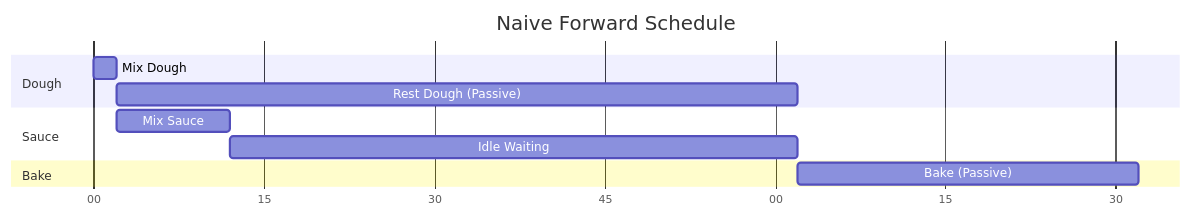
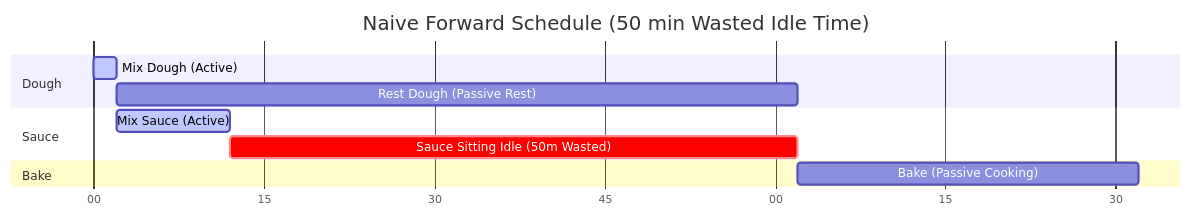
The first of 3 diagrams in packages/docs/src/explanation/alap-scheduling.md (gram-lang/gram), drawn with Mermaid before and after one commit. The commit also changed other lines of this file and 8 other files, not shown here.

Commit message:
docs: update and add mermaid diagrams across documentation

````diff
--- a/packages/docs/src/explanation/alap-scheduling.md
+++ b/packages/docs/src/explanation/alap-scheduling.md
@@ -19,17 +19,17 @@
 ```mermaid
 gantt
-    title Naive Forward Schedule
+    title Naive Forward Schedule (50 min Wasted Idle Time)
     dateFormat  m
     axisFormat %M
     
     section Dough
-    Mix Dough : a1, 0, 2m
-    Rest Dough (Passive) : a2, after a1, 60m
+    Mix Dough (Active)             : active, a1, 0, 2m
+    Rest Dough (Passive Rest)      : a2, after a1, 60m
     
     section Sauce
-    Mix Sauce : a3, after a1, 10m
-    Idle Waiting : a4, after a3, 50m
+    Mix Sauce (Active)             : active, a3, after a1, 10m
+    Sauce Sitting Idle (50m Wasted): crit, a4, after a3, 50m
     
     section Bake
-    Bake (Passive) : a5, after a2, 30m
+    Bake (Passive Cooking)         : a5, after a2, 30m
 ```
````
